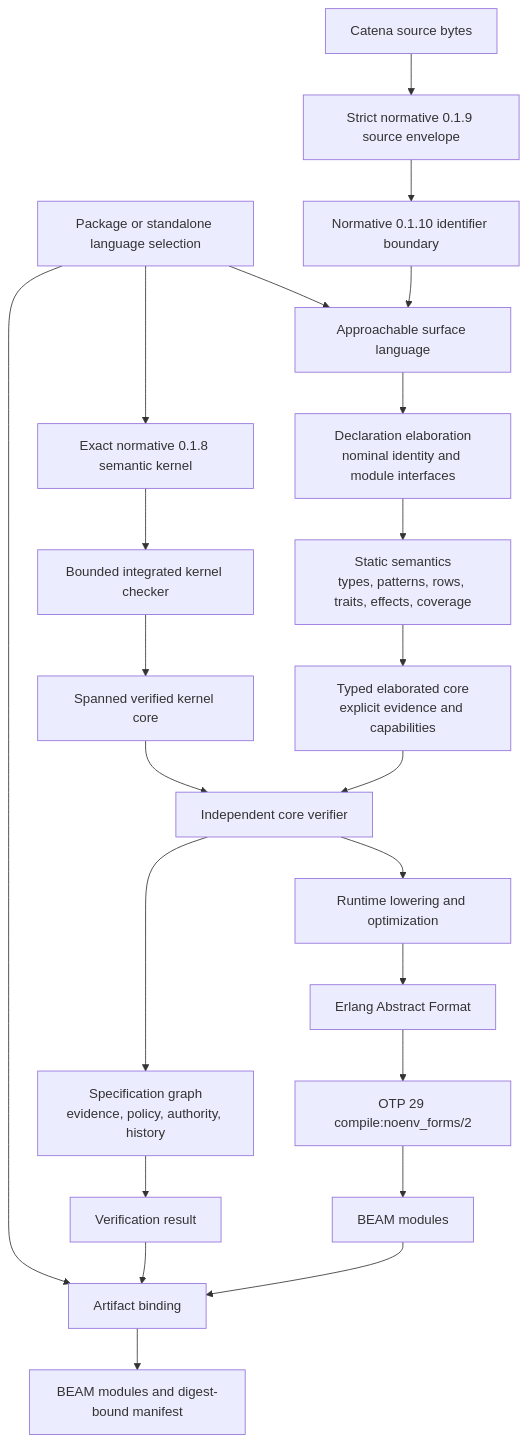
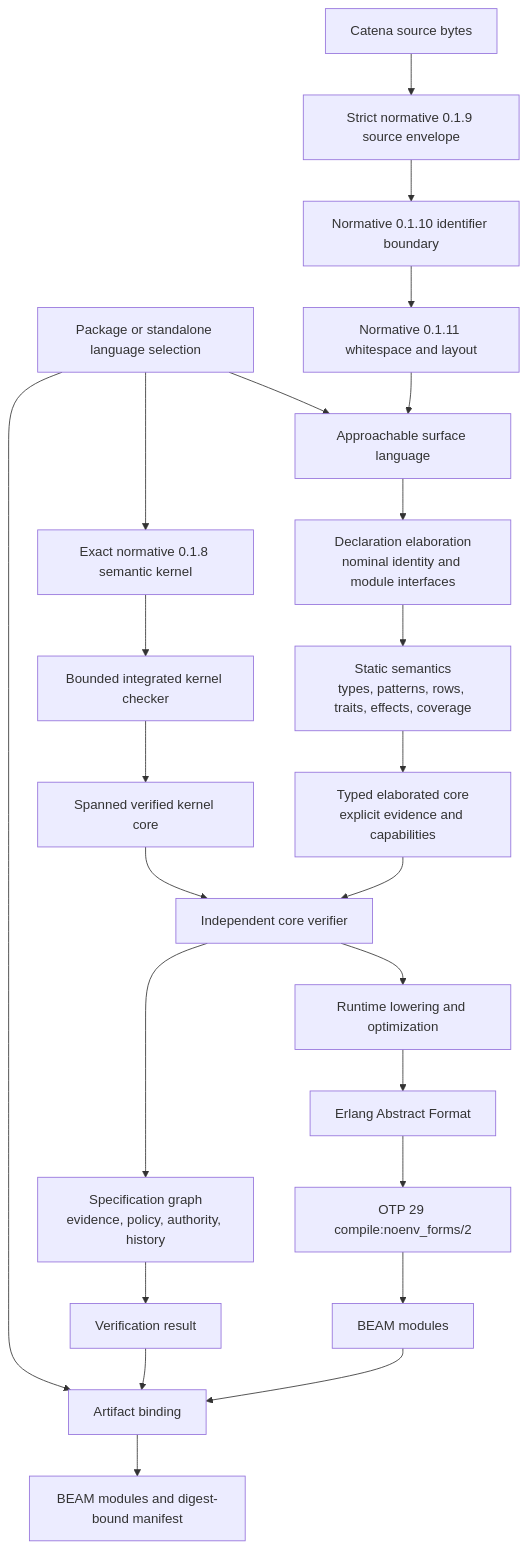
The first of 2 diagrams in language-overview.md (pcharbon70/catena-research), drawn with Mermaid before and after one commit. The commit also changed other lines of this file and 35 other files, not shown here.

Commit message:
Complete C015 whitespace and layout research

````diff
--- a/language-overview.md
+++ b/language-overview.md
@@ -33,25 +33,26 @@
 ```mermaid
 flowchart TD
     P[Package or standalone language selection] --> U[Approachable surface language]
     P --> K[Exact normative 0.1.8 semantic kernel]
     S[Catena source bytes] --> SE[Strict normative 0.1.9 source envelope]
     SE --> ID[Normative 0.1.10 identifier boundary]
-    ID --> U
+    ID --> LY[Normative 0.1.11 whitespace and layout]
+    LY --> U
     U --> DE[Declaration elaboration<br/>nominal identity and module interfaces]
     DE --> ST[Static semantics<br/>types, patterns, rows, traits, effects, coverage]
     ST --> TC[Typed elaborated core<br/>explicit evidence and capabilities]
     K --> KST[Bounded integrated kernel checker]
     KST --> KTC[Spanned verified kernel core]
     TC --> V[Independent core verifier]
     KTC --> V
     V --> R[Runtime lowering and optimization]
     V --> SG[Specification graph<br/>evidence, policy, authority, history]
     R --> EAF[Erlang Abstract Format]
     EAF --> OTP[OTP 29 compile:noenv_forms/2]
     OTP --> B[BEAM modules]
     SG --> VR[Verification result]
     B --> AB[Artifact binding]
     P --> AB
     VR --> AB
     AB --> OUT[BEAM modules and digest-bound manifest]
 ```
````
